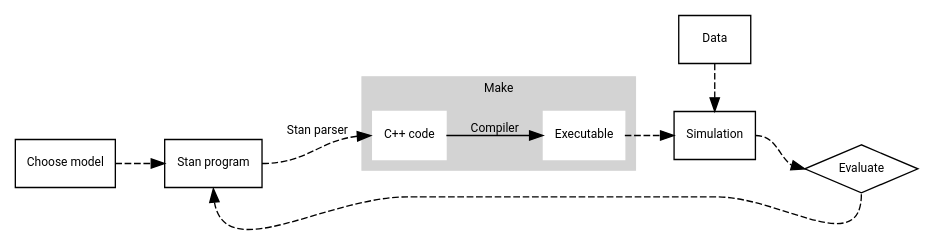
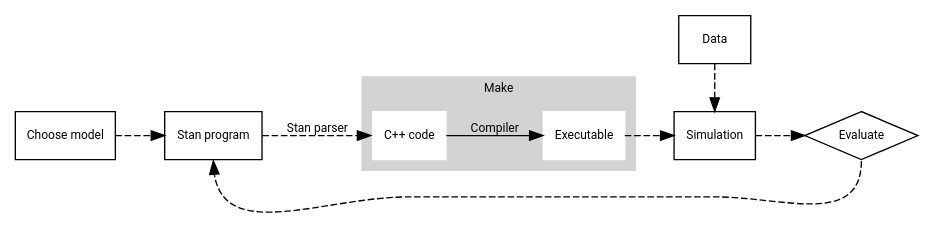
The diagram in julia/poster/problem.gv (anhnguyendepocen/talk-first-steps-with-stan), drawn with Graphviz before and after one commit.

Commit message:
Fixed layout.

```diff
--- a/julia/poster/problem.gv
+++ b/julia/poster/problem.gv
@@ -1,38 +1,40 @@
 digraph {
   rankdir="LR"
   // rankdir="TB"
   
   graph [fontname = "Roboto" fontsize = "9"];
   node  [fontname = "Roboto" fontsize = "9"];
   edge  [fontname = "Roboto" fontsize = "9"];
 
   // nodes
   A [ label="Choose model" shape="box"]
   B [ label="Stan program" shape="box"]
 	subgraph cluster_0 {
 		label = "Make";
 		style=filled;
 		color=lightgrey;
 		node [style=filled,color=white];
     C [ label="C++ code"     shape="box"]
     D [ label="Executable"   shape="box"]
 	}
   E [ label="Simulation"   shape="box"]
+  F [ label="Evaluate"     shape="diamond"]
   G [ label="Data"         shape="box"]
-  F [ label="Evaluate"     shape="diamond"]
 
   // edges
-  A -> B [ style = "dashed" label = ""]
-  B:e -> C:w [ style = "dashed" label = "Stan parser"]
-	C -> D [ style = "solid" label = "Compiler"]
-  D -> E [ style = "dashed" label = ""]
-  E:e -> F:w [ style = "dashed" label = ""]
-  F:s -> B:s [ style = "dashed" label = ""]
-  G -> E [ style = "dashed" label = ""]
+  edge[ weight=2 ];
+    A -> B [ style = "dashed" label = ""]
+    B:e -> C:w [ style = "dashed" label = "Stan parser"]
+  	C -> D [ style = "solid" label = "Compiler"]
+    D -> E [ style = "dashed" label = ""]
+    E:e -> F:w [ style = "dashed" label = ""]
+  edge[ weight=1 ];
+    F:s -> B:s [ style = "dashed" label = ""]
+    G -> E [ style = "dashed" label = ""]
   
   // {rank = same; A; B; }
   // {rank = same; C; D;}
   {rank = same; A;}
   {rank = same; G; E;}
   {rank = sink; F;}
 }
```
